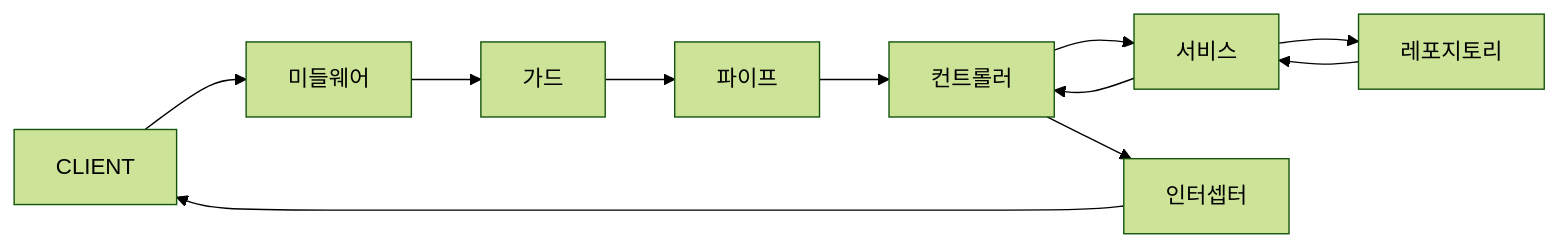
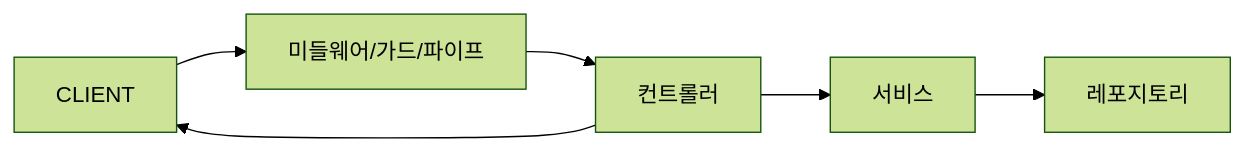
One commit to yjkim2015/yjkim2015.github.io changed the first of 4 diagrams in _posts/frontend/2026-05-02-nestjs-fundamentals.md. Above: the diagram before and after it, drawn with Mermaid (forest theme). The commit also changed other lines of this file and 163 other files, not shown here.

First line of the commit message:
Mermaid 300개 블록 내용 축소: 5노드 5엣지 이하, 의미 있는 약어

````diff
--- a/_posts/frontend/2026-05-02-nestjs-fundamentals.md
+++ b/_posts/frontend/2026-05-02-nestjs-fundamentals.md
@@ -29,6 +29,8 @@
 ```mermaid
 graph LR
-    CLIENT --> MW["미들웨어"] --> GUARD["가드"] --> PIPE["파이프"] --> CTRL["컨트롤러"]
-    CTRL --> SERVICE["서비스"] --> REPO["레포지토리"]
-    REPO --> SERVICE --> CTRL --> INTR["인터셉터"] --> CLIENT
+    CLIENT --> MW["미들웨어/가드/파이프"]
+    MW --> CTRL["컨트롤러"]
+    CTRL --> SERVICE["서비스"]
+    SERVICE --> REPO["레포지토리"]
+    CTRL --> CLIENT
 ```
````
